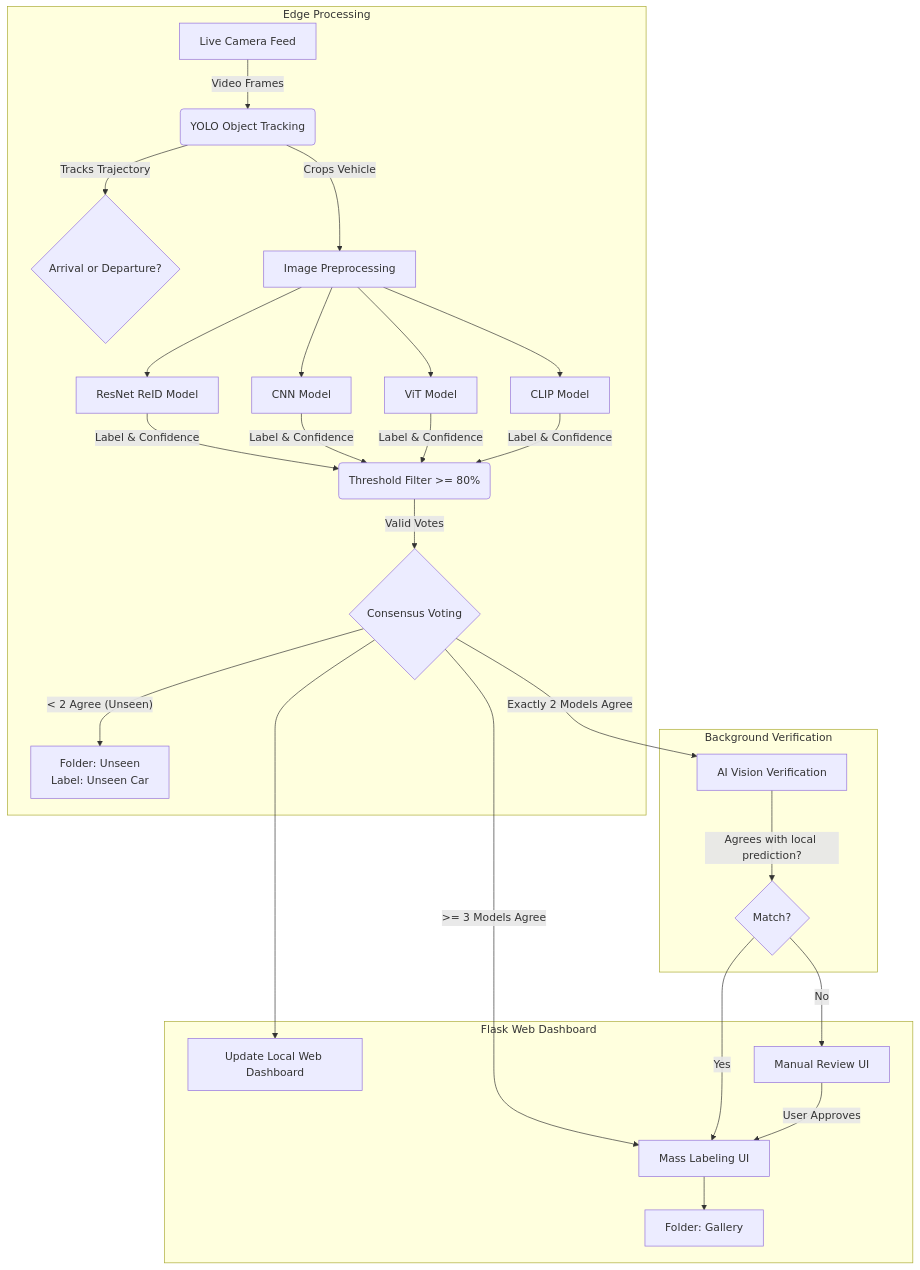
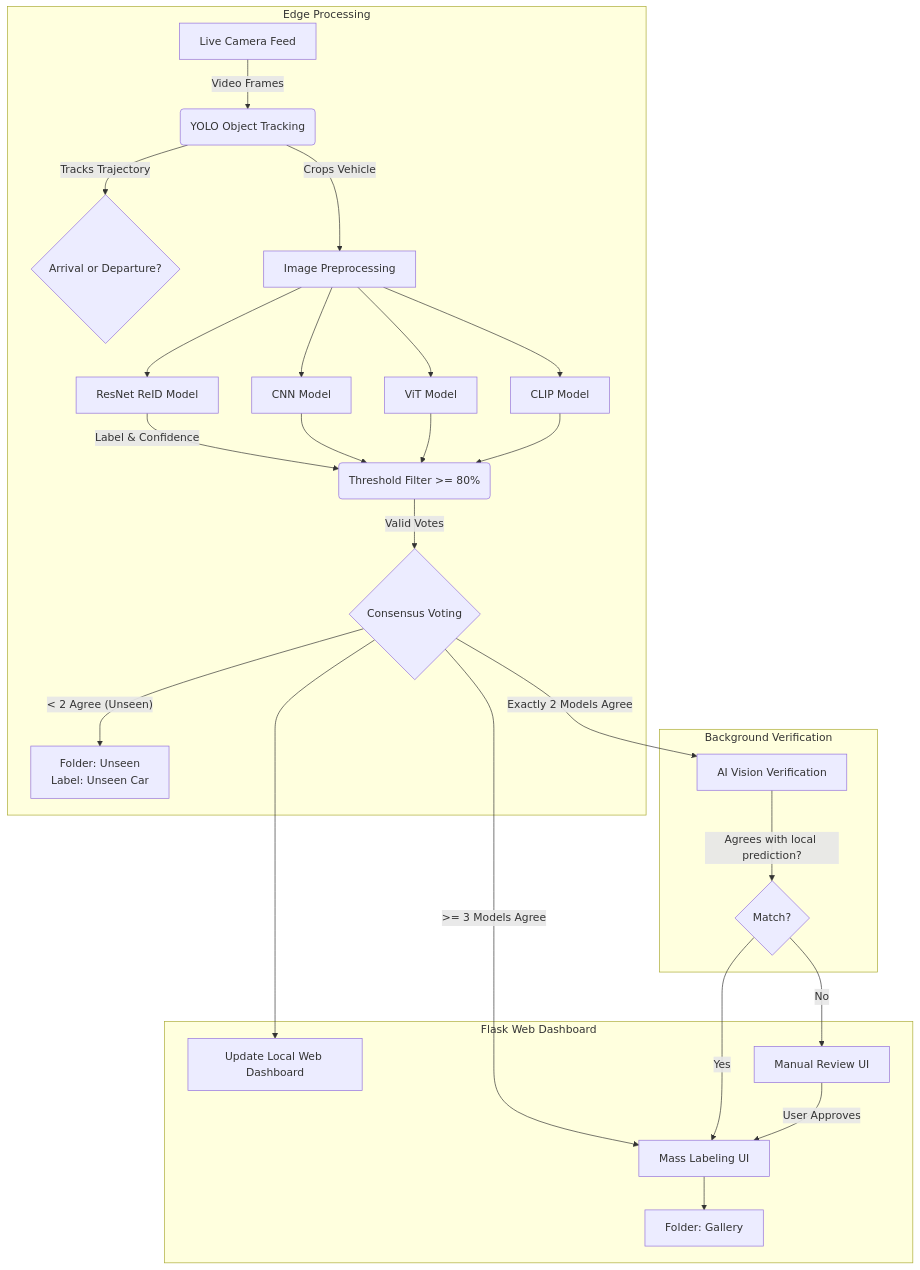
Before and after one commit to Nuisey/CaReID: the diagram in README.md, drawn with Mermaid.

Commit message:
Fix Mermaid diagram rendering in README.md

````diff
--- a/README.md
+++ b/README.md
@@ -23,45 +23,58 @@
 ```mermaid
-
 flowchart TD
 
     subgraph Edge Processing
-        A[Live Camera Feed] -->|Video Frames| B(YOLO Object Tracking)
-        B -->|Tracks Trajectory| C{Arrival or Departure?}
-        B -->|Crops Vehicle| D[Image Preprocessing]
+        A[Live Camera Feed]
+        B(YOLO Object Tracking)
+        C{Arrival or Departure?}
+        D[Image Preprocessing]
+        E[ResNet ReID Model]
+        F[CNN Model]
+        G[ViT Model]
+        H[CLIP Model]
+        I("Threshold Filter >= 80%")
+        J{Consensus Voting}
+        M["Folder: Unseen<br>Label: Unseen Car"]
+
+        A -->|Video Frames| B
+        B -->|Tracks Trajectory| C
+        B -->|Crops Vehicle| D
   
-        D --> E[ResNet ReID Model]
-        D --> F[CNN Model]
-        D --> G[ViT Model]
-        D --> H[CLIP Model]
+        D --> E
+        D --> F
+        D --> G
+        D --> H
   
-        E & F & G & H -->|"Label & Confidence"| I("Threshold Filter >= 80%")
-        I -->|"Valid Votes"| J{Consensus Voting}
+        E -->|"Label & Confidence"| I
+        F --> I
+        G --> I
+        H --> I
         
-        M["Folder: Unseen<br>Label: Unseen Car"]
+        I -->|"Valid Votes"| J
     end
 
     subgraph Background Verification
         P[AI Vision Verification]
         Q{Match?}
     end
   
     subgraph Flask Web Dashboard
         O[Update Local Web Dashboard]
         R[Manual Review UI]
         S[Mass Labeling UI]
         T[Folder: Gallery]
     end
 
     J -->|">= 3 Models Agree"| S
     J -->|"Exactly 2 Models Agree"| P
     J -->|"< 2 Agree (Unseen)"| M
+    J --> O
     
     P -->|"Agrees with local prediction?"| Q
+    
     Q -->|"Yes"| S
+    Q -->|"No"| R
     
-    J --> O
-    Q -->|"No"| R
     R -->|"User Approves"| S
     S --> T
-
 ```
````
